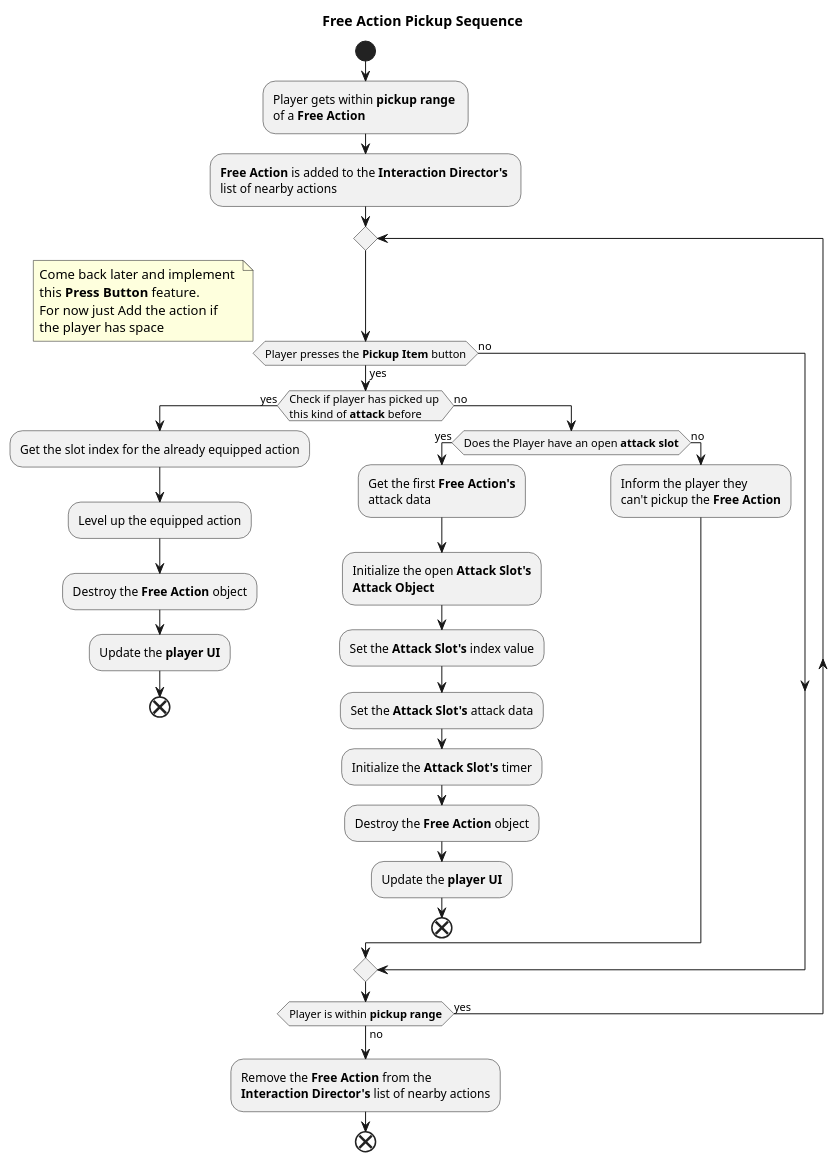
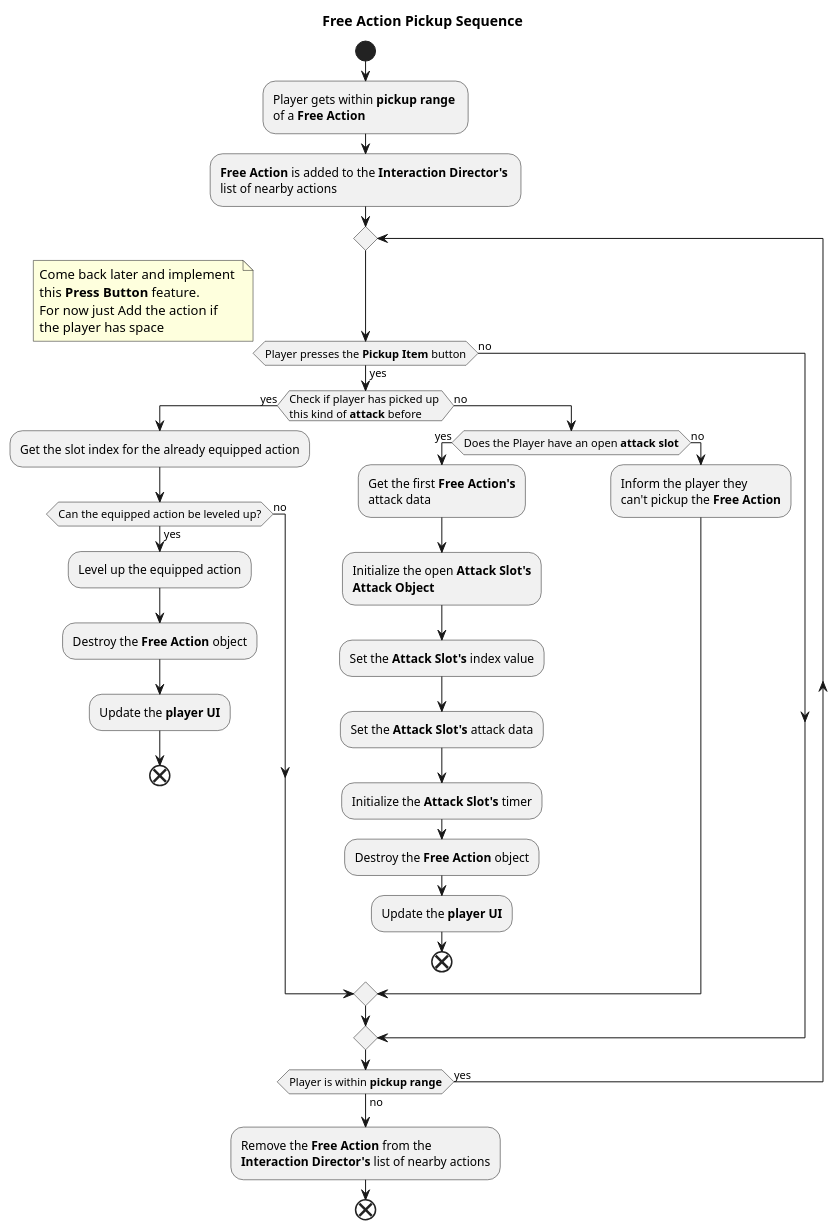
The diagram in UML-Diagrams/src/Free_Action_Pickup_Sequence.puml (kjtkanaly/Roguelike-Shoot-Em-Up), drawn with PlantUML before and after one commit. The commit also changed 9 other files, not shown here.

Commit message:
Got the attack level up basic functionality working and ready to demo. Added a new proj attack data resource. updated pickup sequence diagram

```diff
--- a/UML-Diagrams/src/Free_Action_Pickup_Sequence.puml
+++ b/UML-Diagrams/src/Free_Action_Pickup_Sequence.puml
@@ -1,74 +1,80 @@
 @startuml Free_Action_Pickup_Sequence
 title Free Action Pickup Sequence
 
 start
 
 :Player gets within **pickup range** \nof a **Free Action**;
 
 :**Free Action** is added to the **Interaction Director's** \nlist of nearby actions;
 
 repeat
 
     if (Player presses the **Pickup Item** button) then (yes)
 
     note left
         Come back later and implement 
         this **Press Button** feature.
         For now just Add the action if
         the player has space
     end note
 
         if (Check if player has picked up \nthis kind of **attack** before) then (yes)
 
             :Get the slot index for the already equipped action;
 
-            :Level up the equipped action;
+            if (Can the equipped action be leveled up?) then (yes)
 
-            :Destroy the **Free Action** object;
+                :Level up the equipped action;
 
-            :Update the **player UI**;
+                :Destroy the **Free Action** object;
 
-            end
+                :Update the **player UI**;
+
+                end
+
+            else (no)
+
+            endif
 
         else (no)
 
             if (Does the Player have an open **attack slot**) then (yes)
 
                 :Get the first **Free Action's** 
                 attack data;
 
                 :Initialize the open **Attack Slot's**
                 **Attack Object**;
 
                 :Set the **Attack Slot's** index value;
 
                 :Set the **Attack Slot's** attack data;
 
                 :Initialize the **Attack Slot's** timer;
 
                 :Destroy the **Free Action** object;
 
                 :Update the **player UI**;
 
                 end
 
             else (no)
 
                 :Inform the player they 
                 can't pickup the **Free Action**;
 
             endif
 
         endif
 
     else (no)
 
     endif
 
 repeat while(Player is within **pickup range**) is (yes) not (no)
 
 :Remove the **Free Action** from the \n**Interaction Director's** list of nearby actions;
 
 end
 
 @enduml
```
